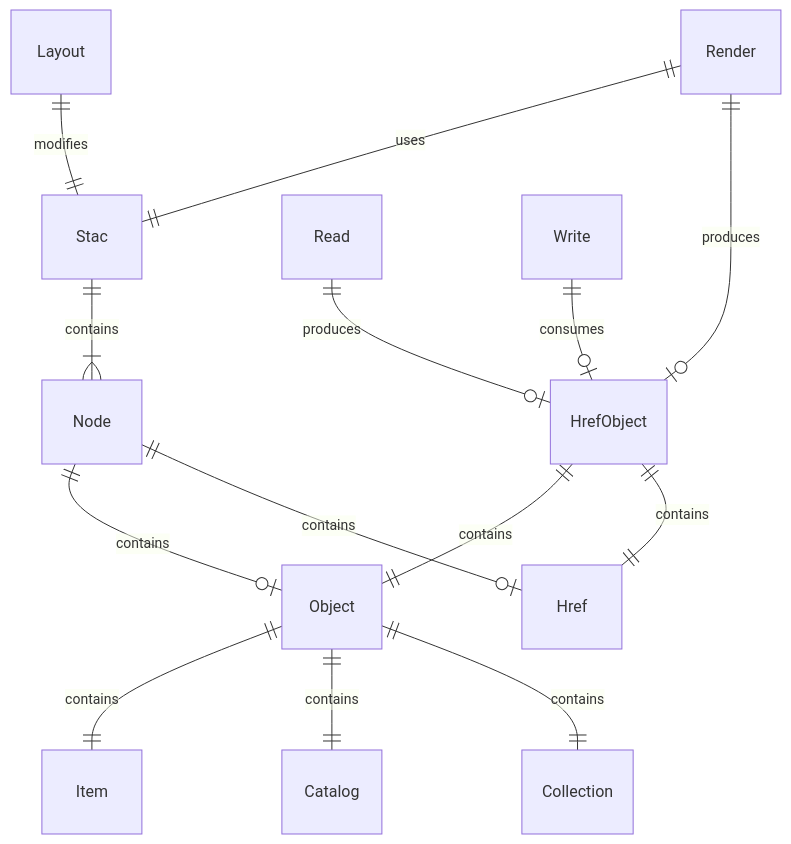
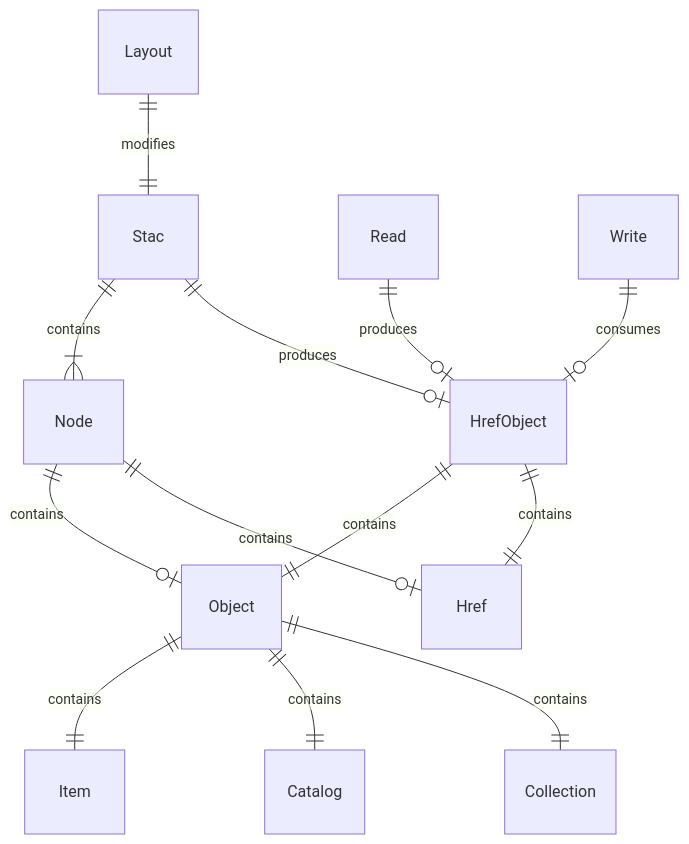
The diagram in ARCHITECTURE.md (stac-utils/stac-rs), drawn with Mermaid before and after one commit. The commit also changed 1 other file, not shown here.

Commit message:
feat: add rendering

````diff
--- a/ARCHITECTURE.md
+++ b/ARCHITECTURE.md
@@ -3,16 +3,15 @@
 ```mermaid
 erDiagram
     Object ||--|| Item : contains
     Object ||--|| Catalog : contains
     Object ||--|| Collection : contains
     HrefObject ||--|| Object : contains
     HrefObject ||--|| Href : contains
     Stac ||--|{ Node : contains
+    Stac ||--o| HrefObject : produces
     Node ||--o| Object : contains
     Node ||--o| Href : contains
     Read ||--o| HrefObject : produces
     Write ||--o| HrefObject : consumes
     Layout ||--|| Stac : modifies
-    Render ||--|| Stac : uses
-    Render ||--o| HrefObject: produces
 ```
````
